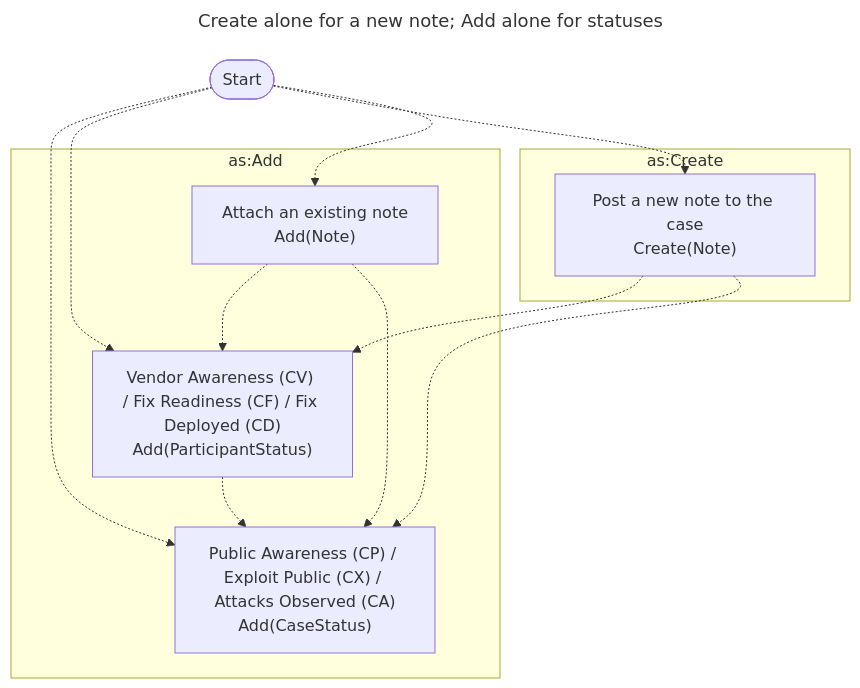
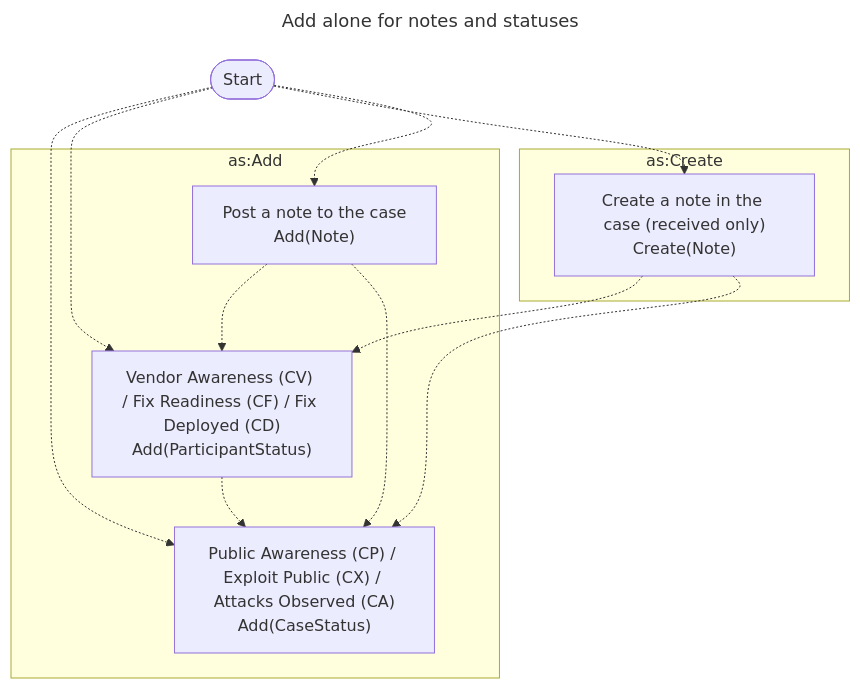
The second of 4 diagrams in docs/topics/activity_vocabulary_design.md (CERTCC/Vultron), drawn with Mermaid before and after one commit. The commit also changed other lines of this file and 9 other files, not shown here.

````diff
--- a/docs/topics/activity_vocabulary_design.md
+++ b/docs/topics/activity_vocabulary_design.md
@@ -119,24 +119,24 @@
 ```mermaid
 ---
-title: Create alone for a new note; Add alone for statuses
+title: Add alone for notes and statuses
 ---
 flowchart TB
     subgraph as:Add
-        AddNoteToCase["Attach an existing note<br/>Add(Note)"]
+        AddNoteToCase["Post a note to the case<br/>Add(Note)"]
         AddStatusToCase["Public Awareness (CP) / Exploit Public (CX) / Attacks Observed (CA)<br/>Add(CaseStatus)"]
         AddStatusToParticipant["Vendor Awareness (CV) / Fix Readiness (CF) / Fix Deployed (CD)<br/>Add(ParticipantStatus)"]
     end
     subgraph as:Create
-        CreateNote["Post a new note to the case<br/>Create(Note)"]
+        CreateNote["Create a note in the case (received only)<br/>Create(Note)"]
     end
     start([Start])
     start -.-> AddStatusToCase
     start -.-> AddStatusToParticipant
     start -.-> CreateNote
     start -.-> AddNoteToCase
     AddStatusToParticipant -.-> AddStatusToCase
     CreateNote -.-> AddStatusToParticipant
     CreateNote -.-> AddStatusToCase
     AddNoteToCase -.-> AddStatusToParticipant
     AddNoteToCase -.-> AddStatusToCase
 ```
````
